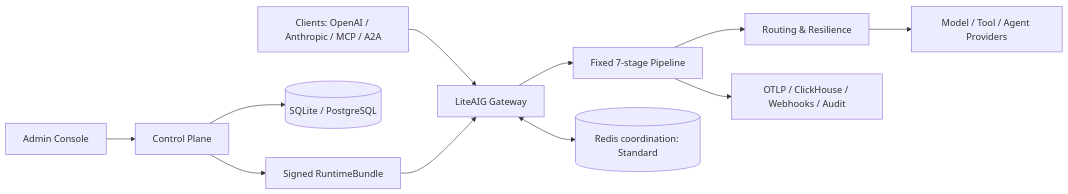
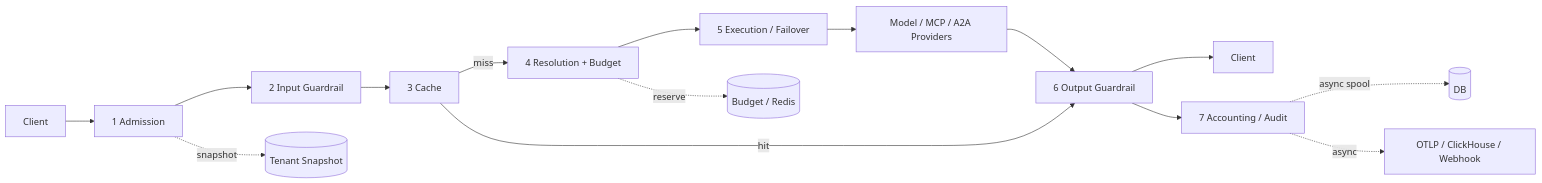
The second of 2 diagrams in README.md (F31/liteAIG), drawn with Mermaid before and after one commit. The commit also changed other lines of this file and 1 other file, not shown here.

First line of the commit message:
docs: refactor architecture views and correct AI gateway comparison

````diff
--- a/README.md
+++ b/README.md
@@ -151,13 +264,18 @@
 ```mermaid
 flowchart LR
-  C[Clients: OpenAI / Anthropic / MCP / A2A] --> G[LiteAIG Gateway]
-  A[Admin Console] --> CP[Control Plane]
-  CP --> DB[(SQLite / PostgreSQL)]
-  CP --> RB[Signed RuntimeBundle]
-  RB --> G
-  G --> P[Fixed 7-stage Pipeline]
-  P --> RT[Routing & Resilience]
-  RT --> PR[Model / Tool / Agent Providers]
-  G <--> RD[(Redis coordination: Standard)]
-  P --> O[OTLP / ClickHouse / Webhooks / Audit]
+  C[Client] --> A[1 Admission]
+  A --> G[2 Input Guardrail]
+  G --> CA[3 Cache]
+  CA -->|miss| R[4 Resolution + Budget]
+  R --> E[5 Execution / Failover]
+  E --> P[Model / MCP / A2A Providers]
+  P --> O[6 Output Guardrail]
+  O --> CL[Client]
+  CA -->|hit| O
+
+  A -.->|snapshot| S[(Tenant Snapshot)]
+  R -.->|reserve| B[(Budget / Redis)]
+  O --> AC[7 Accounting / Audit]
+  AC -.->|async spool| DB[(DB)]
+  AC -.->|async| OBS[OTLP / ClickHouse / Webhook]
 ```
````
